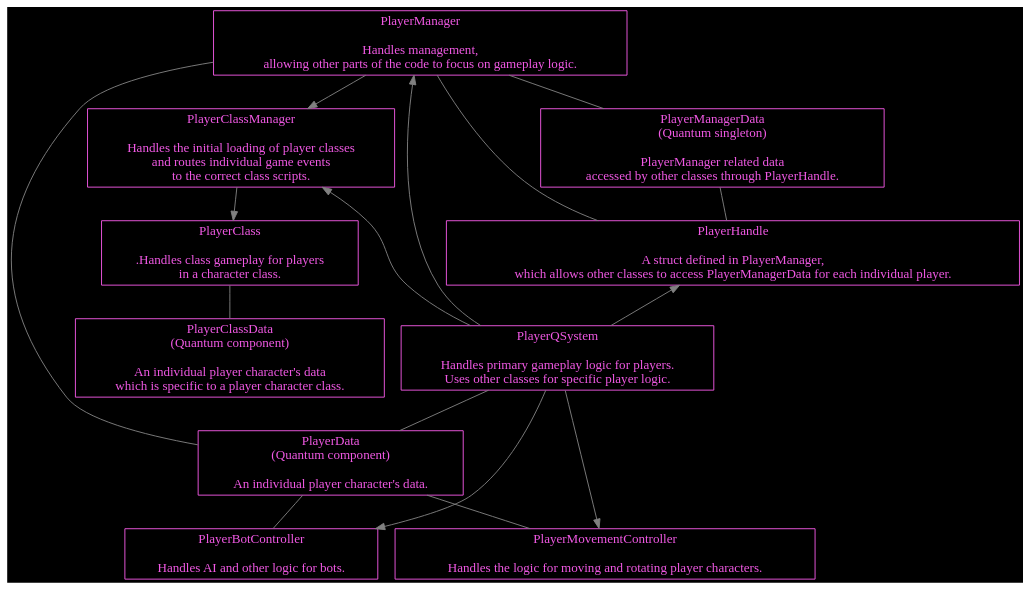
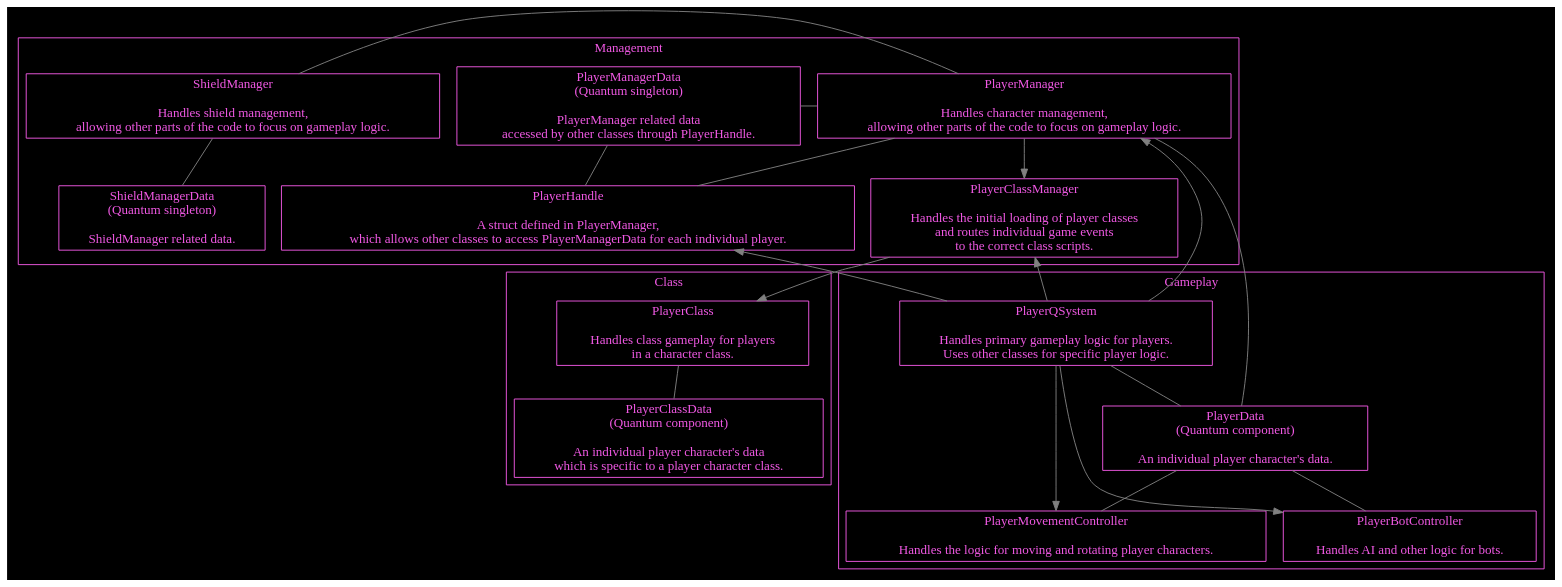
One commit to Alt-Org/Altzone changed the eighth of 9 diagrams in Doc/Doxygen/Battle/additional-documentation/pages/1-concepts-player-.md. Above: the diagram before and after it, drawn with Graphviz. The commit also changed other lines of this file and 13 other files, not shown here.

````diff
--- a/Doc/Doxygen/Battle/additional-documentation/pages/1-concepts-player-.md
+++ b/Doc/Doxygen/Battle/additional-documentation/pages/1-concepts-player-.md
@@ -439,38 +439,59 @@
 ```dot
 digraph PlayerSimulation {
   color=white;
   fontcolor=white;
   bgcolor=black;
 
   node [shape=box, style=filled, color="#F159E4", fontcolor="#F159E4", fillcolor=black];
   edge [color=gray];
 
-  PlayerManager            [label="PlayerManager\n\nHandles management,\nallowing other parts of the code to focus on gameplay logic."];
-  PlayerManagerData        [label="PlayerManagerData\n(Quantum singleton)\n\nPlayerManager related data\naccessed by other classes through PlayerHandle."];
-  PlayerHandle             [label="PlayerHandle\n\nA struct defined in PlayerManager,\nwhich allows other classes to access PlayerManagerData for each individual player."];
-  PlayerQSystem            [label="PlayerQSystem\n\nHandles primary gameplay logic for players.\nUses other classes for specific player logic."];
-  PlayerMovementController [label="PlayerMovementController\n\nHandles the logic for moving and rotating player characters."];
-  PlayerClassManager       [label="PlayerClassManager\n\nHandles the initial loading of player classes\nand routes individual game events\nto the correct class scripts."];
-  PlayerClass              [label="PlayerClass\n\n.Handles class gameplay for players\nin a character class."];
-  PlayerClassData          [label="PlayerClassData\n(Quantum component)\n\nAn individual player character's data\nwhich is specific to a player character class."];
-  PlayerBotController      [label="PlayerBotController\n\nHandles AI and other logic for bots."];
-  PlayerData               [label="PlayerData\n(Quantum component)\n\nAn individual player character's data."];
+  subgraph cluster_management{
+    color="#F159E4";
+    fontcolor="#F159E4";
+    label = "Management";
+
+    PlayerManager            [label="PlayerManager\n\nHandles character management,\nallowing other parts of the code to focus on gameplay logic."];
+    PlayerShieldManager      [label="ShieldManager\n\nHandles shield management, \nallowing other parts of the code to focus on gameplay logic."];
+    PlayerManagerData        [label="PlayerManagerData\n(Quantum singleton)\n\nPlayerManager related data\naccessed by other classes through PlayerHandle."];
+    PlayerShieldManagerData  [label="ShieldManagerData\n(Quantum singleton)\n\nShieldManager related data."];
+    PlayerClassManager       [label="PlayerClassManager\n\nHandles the initial loading of player classes\nand routes individual game events\nto the correct class scripts."];
+    PlayerHandle             [label="PlayerHandle\n\nA struct defined in PlayerManager,\nwhich allows other classes to access PlayerManagerData for each individual player."];
+  }
+  subgraph cluster_class{
+    color="#F159E4";
+    fontcolor="#F159E4";
+    label = "Class";
+
+    PlayerClass              [label="PlayerClass\n\nHandles class gameplay for players\nin a character class."];
+    PlayerClassData          [label="PlayerClassData\n(Quantum component)\n\nAn individual player character's data\nwhich is specific to a player character class."];
+  }
+  subgraph cluster_gameplay{
+    color="#F159E4";
+    fontcolor="#F159E4";
+    label = "Gameplay";
+
+    PlayerQSystem            [label="PlayerQSystem\n\nHandles primary gameplay logic for players.\nUses other classes for specific player logic."];
+    PlayerMovementController [label="PlayerMovementController\n\nHandles the logic for moving and rotating player characters."];
+    PlayerBotController      [label="PlayerBotController\n\nHandles AI and other logic for bots."];
+    PlayerData               [label="PlayerData\n(Quantum component)\n\nAn individual player character's data."];
+  }
 
   edge [dir=none];
 
-  PlayerManager -> PlayerManagerData, PlayerHandle;
+  PlayerManager -> PlayerManagerData, PlayerHandle, PlayerShieldManager [constraint = false];
+  PlayerShieldManager -> PlayerShieldManagerData;
   PlayerManagerData -> PlayerHandle;
 
   PlayerManager, PlayerQSystem -> PlayerData -> PlayerMovementController, PlayerBotController;
   PlayerClass -> PlayerClassData;
 
   edge [dir=forwards];
 
   PlayerManager -> PlayerClassManager -> PlayerClass;
   PlayerQSystem -> PlayerMovementController, PlayerBotController;
 
   edge [dir=back];
 
   PlayerManager, PlayerHandle, PlayerClassManager -> PlayerQSystem;
 }
 ```
````
